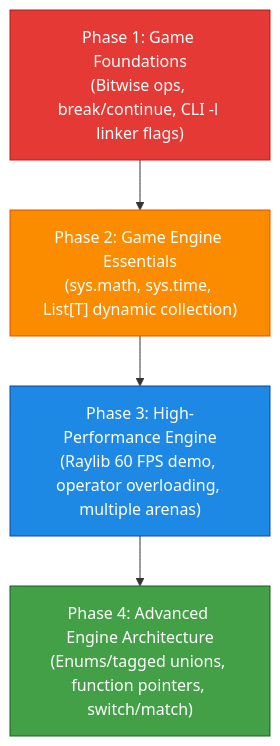
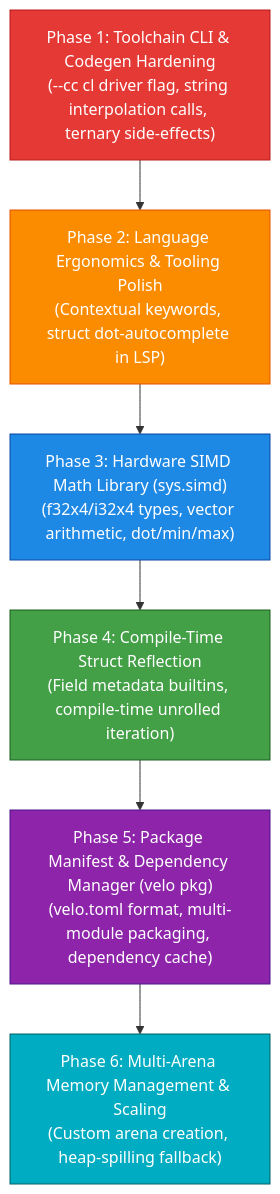
One commit to velo-compiler/velo changed the diagram in gaps.md. Above: the diagram before and after it, drawn with Mermaid. The commit also changed other lines of this file and 1 other file, not shown here.

````diff
--- a/gaps.md
+++ b/gaps.md
@@ -794,10 +35,14 @@
 ```mermaid
 flowchart TD
-    G1["Phase 1: Game Foundations\n(Bitwise ops, break/continue, CLI -l linker flags)"] --> G2["Phase 2: Game Engine Essentials\n(sys.math, sys.time, List[T] dynamic collection)"]
-    G2 --> G3["Phase 3: High-Performance Engine\n(Raylib 60 FPS demo, operator overloading, multiple arenas)"]
-    G3 --> G4["Phase 4: Advanced Engine Architecture\n(Enums/tagged unions, function pointers, switch/match)"]
-    style G1 fill:#e53935,stroke:#b71c1c,color:#ffffff
-    style G2 fill:#fb8c00,stroke:#e65100,color:#ffffff
-    style G3 fill:#1e88e5,stroke:#0d47a1,color:#ffffff
-    style G4 fill:#43a047,stroke:#1b5e20,color:#ffffff
+    P1["Phase 1: Toolchain CLI & Codegen Hardening\n(--cc cl driver flag, string interpolation calls, ternary side-effects)"] --> P2["Phase 2: Language Ergonomics & Tooling Polish\n(Contextual keywords, struct dot-autocomplete in LSP)"]
+    P2 --> P3["Phase 3: Hardware SIMD Math Library (sys.simd)\n(f32x4/i32x4 types, vector arithmetic, dot/min/max)"]
+    P3 --> P4["Phase 4: Compile-Time Struct Reflection\n(Field metadata builtins, compile-time unrolled iteration)"]
+    P4 --> P5["Phase 5: Package Manifest & Dependency Manager (velo pkg)\n(velo.toml format, multi-module packaging, dependency cache)"]
+    P5 --> P6["Phase 6: Multi-Arena Memory Management & Scaling\n(Custom arena creation, heap-spilling fallback)"]
+    style P1 fill:#e53935,stroke:#b71c1c,color:#ffffff
+    style P2 fill:#fb8c00,stroke:#e65100,color:#ffffff
+    style P3 fill:#1e88e5,stroke:#0d47a1,color:#ffffff
+    style P4 fill:#43a047,stroke:#1b5e20,color:#ffffff
+    style P5 fill:#8e24aa,stroke:#4a148c,color:#ffffff
+    style P6 fill:#00acc1,stroke:#006064,color:#ffffff
 ```
````
